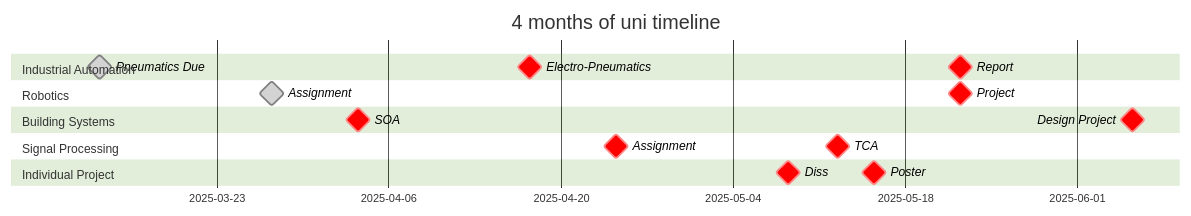
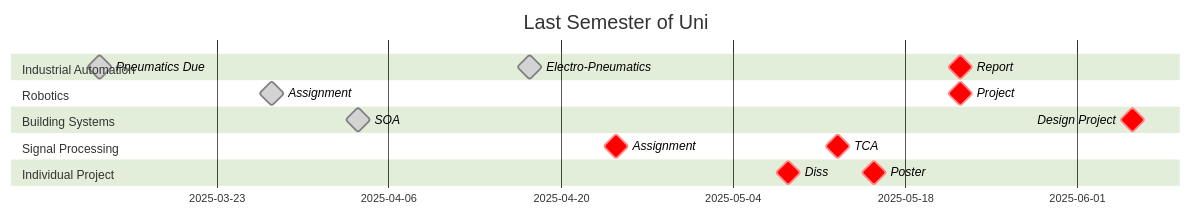
One commit to jasht1/Uni-Projects changed the diagram in Assessment Due Dates.md. Above: the diagram before and after it, drawn with Mermaid (forest theme). The commit also changed other lines of this file and 4 other files, not shown here.

````diff
--- a/Assessment Due Dates.md
+++ b/Assessment Due Dates.md
@@ -2,26 +2,26 @@
 ```mermaid
 ---
 displayMode: compact
 ---
 gantt
-title 4 months of uni timeline
+title Last Semester of Uni
 dateFormat YYYY-MM-DD
 tickInterval 2week
 
 section Industrial Automation
 	Pneumatics Due: done, milestone, 2025-03-13, 1d
-	Electro-Pneumatics: crit, milestone, 2025-04-17, 1d
+	Electro-Pneumatics: done, milestone, 2025-04-17, 1d
 	Report: crit, milestone, 2025-05-22, 1d
 section Robotics 
 	Assignment: done, milestone, 2025-03-27, 1d
 	Project: crit, milestone, 2025-05-22, 1d
 section Building Systems
-	SOA: crit, milestone, 2025-04-03, 1d
+	SOA: done, milestone, 2025-04-03, 1d
 	Design Project: crit, milestone, 2025-06-05, 1d 
 section Signal Processing
 	Assignment: crit, milestone, 2025-04-24, 1d
 	TCA: crit, milestone, 2025-05-12, 1d
 section Individual Project
 	Diss: crit, milestone, 2025-05-08, 1d
 	Poster: crit, milestone, 2025-05-15, 1d
 ```
````
